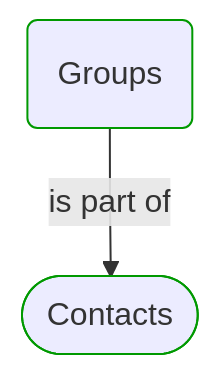
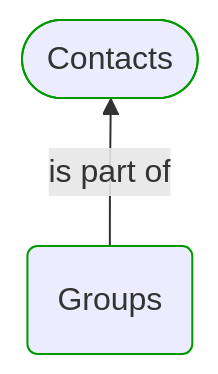
The first of 4 diagrams in Docs/P3/MermaidOutput/Modules/Contacts/Groups/Groups.md (itlibrium/DDD-starter-dotnet), drawn with Mermaid before and after one commit. The commit also changed other lines of this file and 174 other files, not shown here.

````diff
--- a/Docs/P3/MermaidOutput/Modules/Contacts/Groups/Groups.md
+++ b/Docs/P3/MermaidOutput/Modules/Contacts/Groups/Groups.md
@@ -20,11 +20,14 @@
 ```mermaid
   flowchart TB
-    0(Groups)
+    0([Contacts])
     class 0 DomainPerspective
-    1([Contacts])
+    1(Groups)
     class 1 DomainPerspective
-    0-->|is part of|1
+    0---1
+    1-->|is part of|0
+    1---0
+    linkStyle 0,2 stroke:none
     classDef DomainPerspective stroke:#009900
     classDef TechnologyPerspective stroke:#1F41EB
     classDef PeoplePerspective stroke:#FFF014
 ```
````
